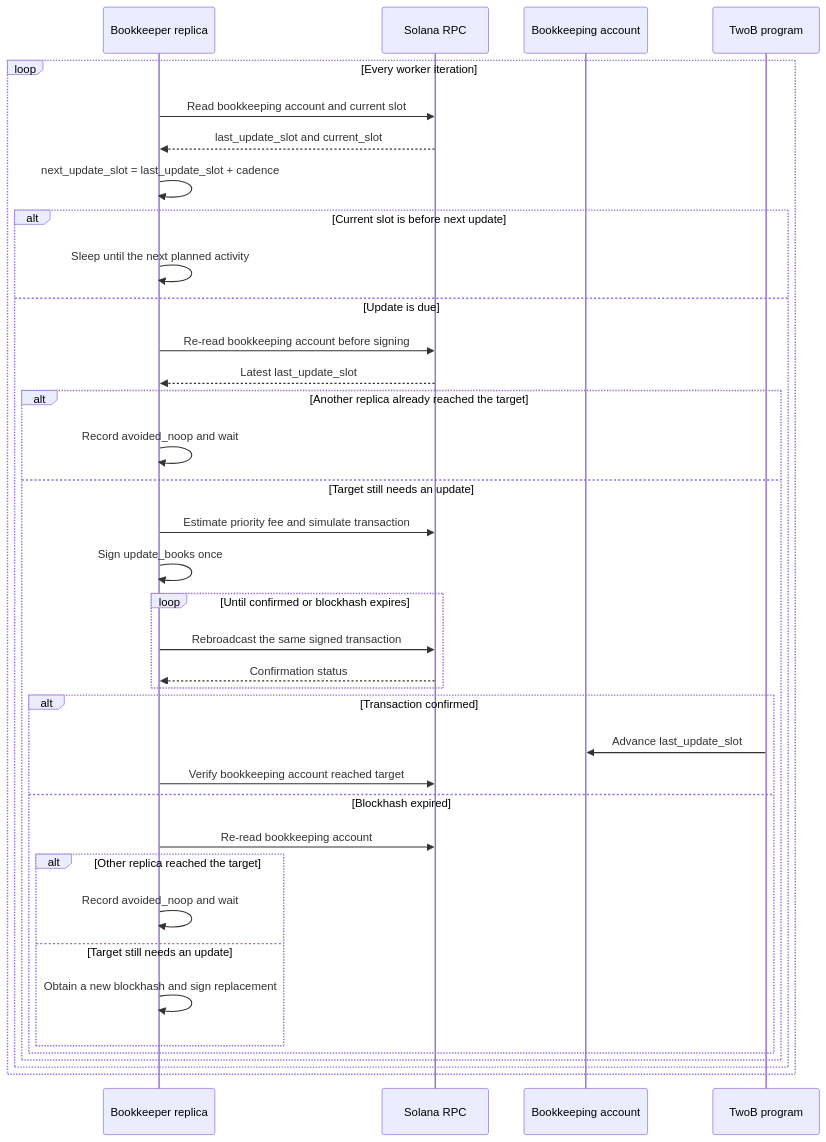
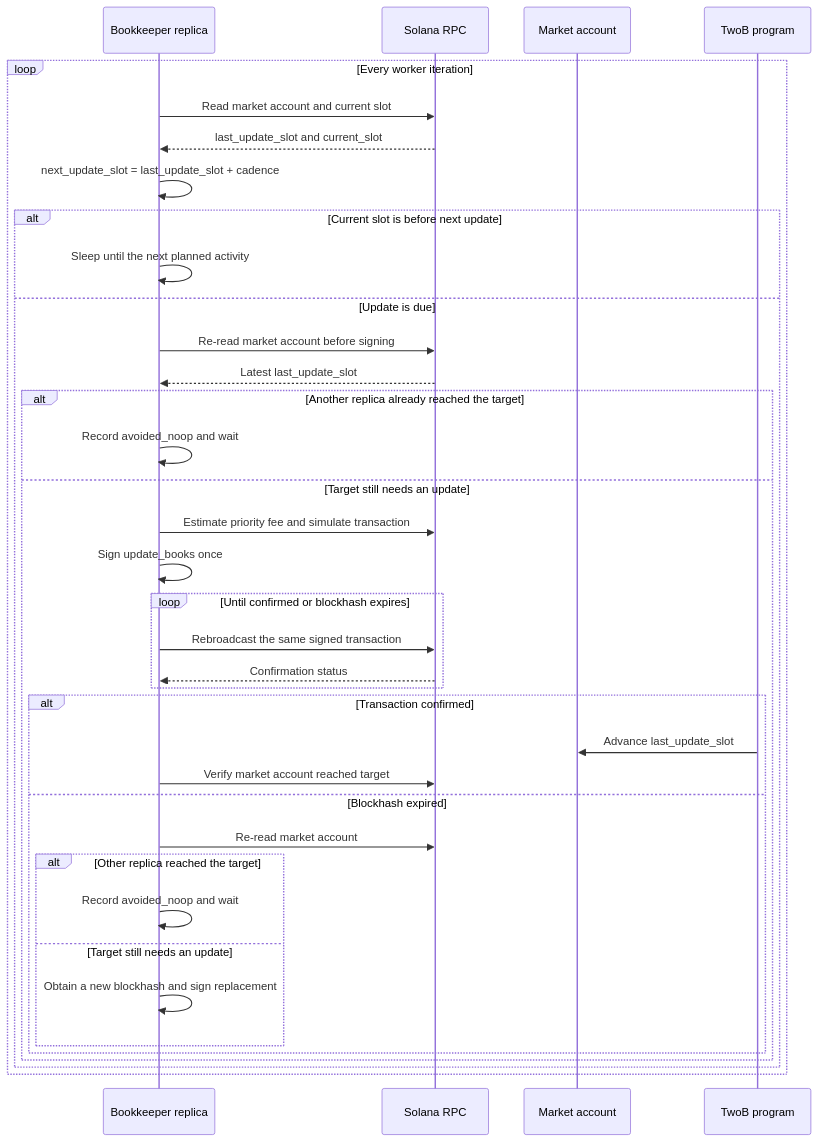
One commit to nightshade-labs/twob-keepers changed the second of 3 diagrams in docs/bookkeeping-service-architecture.md. Above: the diagram before and after it, drawn with Mermaid. The commit also changed other lines of this file and 25 other files, not shown here.

````diff
--- a/docs/bookkeeping-service-architecture.md
+++ b/docs/bookkeeping-service-architecture.md
@@ -89,40 +89,40 @@
 ```mermaid
 sequenceDiagram
     participant K as Bookkeeper replica
     participant R as Solana RPC
-    participant B as Bookkeeping account
+    participant B as Market account
     participant P as TwoB program
 
     loop Every worker iteration
-        K->>R: Read bookkeeping account and current slot
+        K->>R: Read market account and current slot
         R-->>K: last_update_slot and current_slot
         K->>K: next_update_slot = last_update_slot + cadence
         alt Current slot is before next update
             K->>K: Sleep until the next planned activity
         else Update is due
-            K->>R: Re-read bookkeeping account before signing
+            K->>R: Re-read market account before signing
             R-->>K: Latest last_update_slot
             alt Another replica already reached the target
                 K->>K: Record avoided_noop and wait
             else Target still needs an update
                 K->>R: Estimate priority fee and simulate transaction
                 K->>K: Sign update_books once
                 loop Until confirmed or blockhash expires
                     K->>R: Rebroadcast the same signed transaction
                     R-->>K: Confirmation status
                 end
                 alt Transaction confirmed
                     P->>B: Advance last_update_slot
-                    K->>R: Verify bookkeeping account reached target
+                    K->>R: Verify market account reached target
                 else Blockhash expired
-                    K->>R: Re-read bookkeeping account
+                    K->>R: Re-read market account
                     alt Other replica reached the target
                         K->>K: Record avoided_noop and wait
                     else Target still needs an update
                         K->>K: Obtain a new blockhash and sign replacement
                     end
                 end
             end
         end
     end
 ```
````
